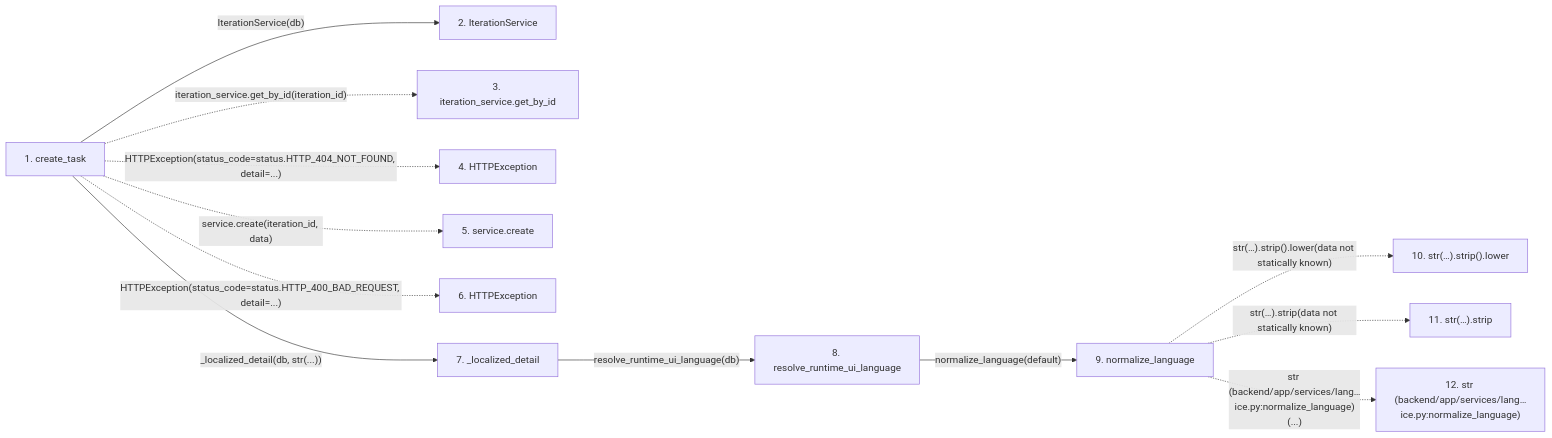
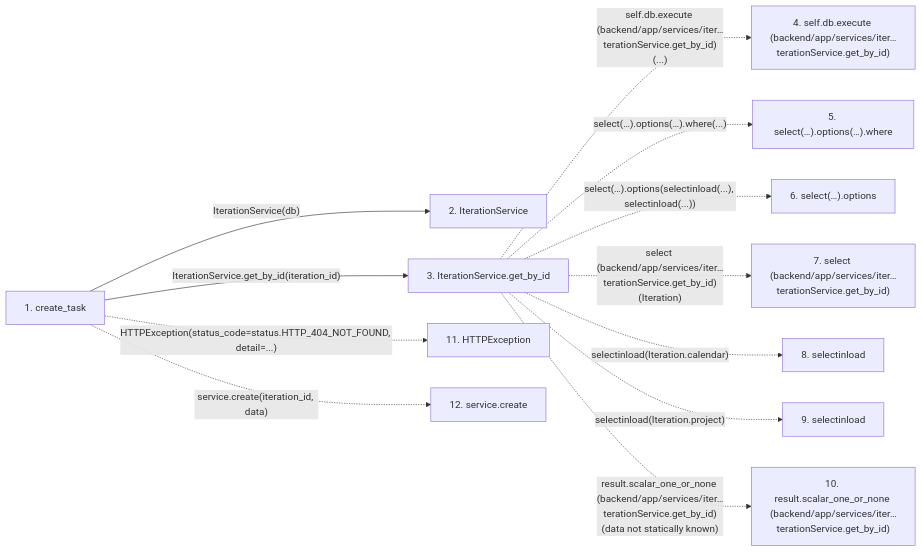
The second of 2 diagrams in docs/llm_wiki/flows/http-create_task.md (Denissvgn/WorkChord), drawn with Mermaid before and after one commit. The commit also changed other lines of this file and 25171 other files, not shown here.

````diff
--- a/docs/llm_wiki/flows/http-create_task.md
+++ b/docs/llm_wiki/flows/http-create_task.md
@@ -82,31 +137,29 @@
 ```mermaid
 flowchart LR
     s1["1. create_task"]
     s2["2. IterationService"]
-    s3["3. iteration_service.get_by_id"]
-    s4["4. HTTPException"]
-    s5["5. service.create"]
-    s6["6. HTTPException"]
-    s7["7. _localized_detail"]
-    s8["8. resolve_runtime_ui_language"]
-    s9["9. normalize_language"]
-    s10["10. str(…).strip().lower"]
-    s11["11. str(…).strip"]
-    s12["12. str (backend/app/services/lang…ice.py:normalize_language)"]
+    s3["3. IterationService.get_by_id"]
+    s4["4. self.db.execute (backend/app/services/iter…terationService.get_by_id)"]
+    s5["5. select(…).options(…).where"]
+    s6["6. select(…).options"]
+    s7["7. select (backend/app/services/iter…terationService.get_by_id)"]
+    s8["8. selectinload"]
+    s9["9. selectinload"]
+    s10["10. result.scalar_one_or_none (backend/app/services/iter…terationService.get_by_id)"]
+    s11["11. HTTPException"]
+    s12["12. service.create"]
     s1 -->|"IterationService(db)"| s2
-    s1 -. "iteration_service.get_by_id(iteration_id)" .-> s3
-    s1 -. "HTTPException(status_code=status.HTTP_404_NOT_FOUND, detail=...)" .-> s4
-    s1 -. "service.create(iteration_id, data)" .-> s5
-    s1 -. "HTTPException(status_code=status.HTTP_400_BAD_REQUEST, detail=...)" .-> s6
-    s1 -->|"_localized_detail(db, str(...))"| s7
-    s7 -->|"resolve_runtime_ui_language(db)"| s8
-    s8 -->|"normalize_language(default)"| s9
-    s9 -. "str(…).strip().lower(data not statically known)" .-> s10
-    s9 -. "str(…).strip(data not statically known)" .-> s11
-    s9 -. "str (backend/app/services/lang…ice.py:normalize_language)(...)" .-> s12
+    s1 -->|"IterationService.get_by_id(iteration_id)"| s3
+    s3 -. "self.db.execute (backend/app/services/iter…terationService.get_by_id)(...)" .-> s4
+    s3 -. "select(…).options(…).where(...)" .-> s5
+    s3 -. "select(…).options(selectinload(...), selectinload(...))" .-> s6
+    s3 -. "select (backend/app/services/iter…terationService.get_by_id)(Iteration)" .-> s7
+    s3 -. "selectinload(Iteration.calendar)" .-> s8
+    s3 -. "selectinload(Iteration.project)" .-> s9
+    s3 -. "result.scalar_one_or_none (backend/app/services/iter…terationService.get_by_id)(data not statically known)" .-> s10
+    s1 -. "HTTPException(status_code=status.HTTP_404_NOT_FOUND, detail=...)" .-> s11
+    s1 -. "service.create(iteration_id, data)" .-> s12
     click s1 "../modules/tasks.md"
     click s2 "../modules/iteration_service.md"
-    click s7 "../modules/tasks.md"
-    click s8 "../modules/language_service.md"
-    click s9 "../modules/language_service.md"
+    click s3 "../modules/iteration_service.md"
 ```
````
